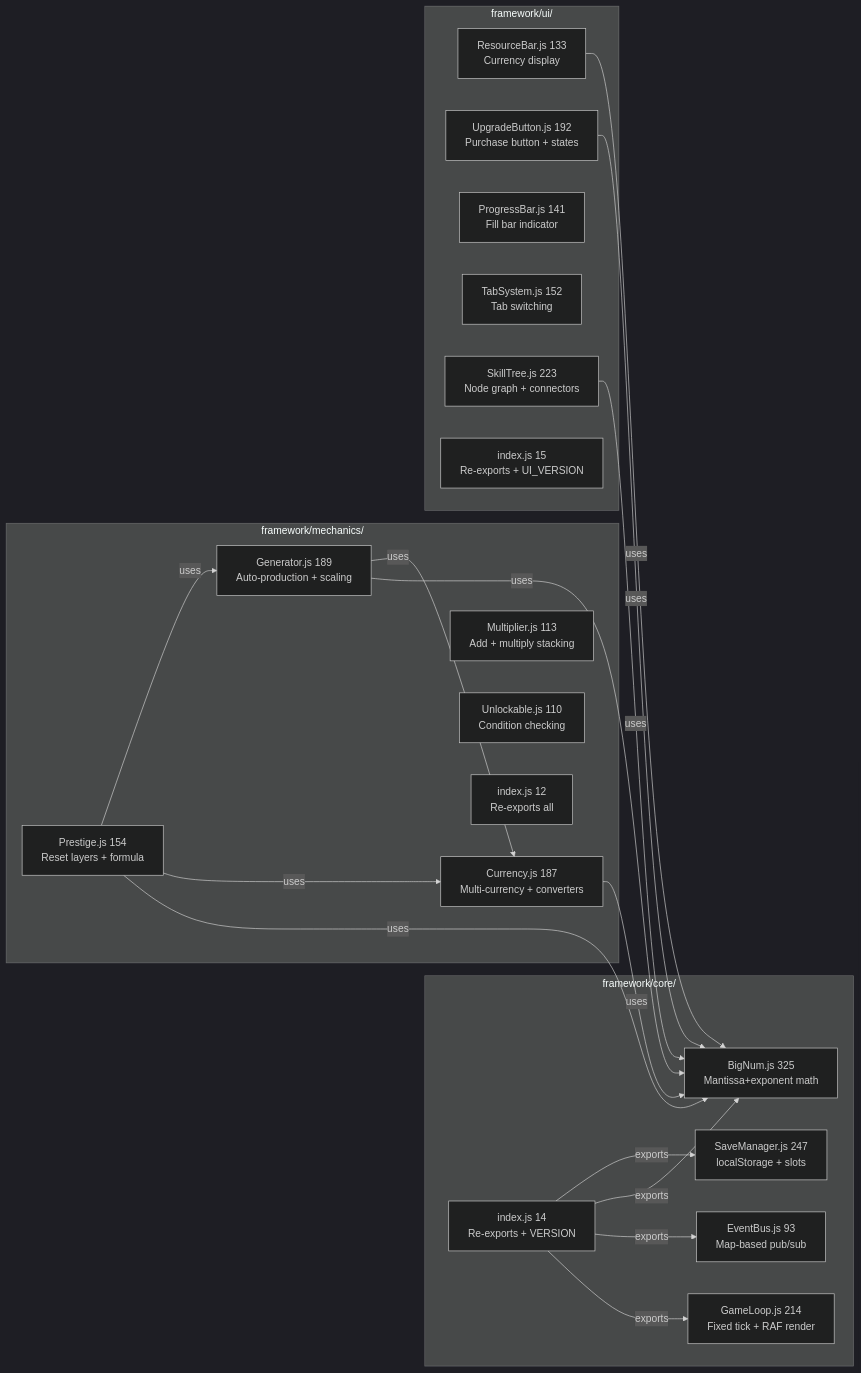
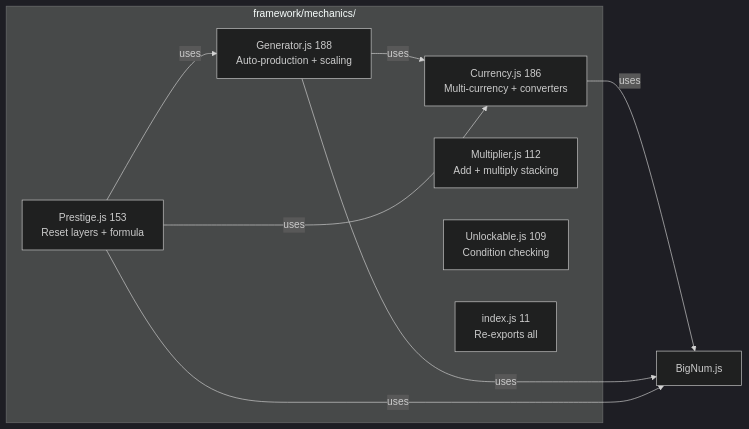
Before and after one commit to J-Gierend/gamePocGen: the fourth of 10 diagrams in AI/document/01-file-map.md, drawn with Mermaid (dark theme). The commit also changed other lines of this file and 12 other files, not shown here.

First line of the commit message:
fix: regenerate all architecture docs from current source

````diff
--- a/AI/document/01-file-map.md
+++ b/AI/document/01-file-map.md
@@ -49,42 +72,18 @@
 ```mermaid
 graph LR
-    subgraph "framework/core/"
-        GL["GameLoop.js 214\nFixed tick + RAF render"]
-        EB["EventBus.js 93\nMap-based pub/sub"]
-        BN["BigNum.js 325\nMantissa+exponent math"]
-        SM["SaveManager.js 247\nlocalStorage + slots"]
-        CI["index.js 14\nRe-exports + VERSION"]
+    subgraph "framework/mechanics/"
+        CU["Currency.js 186\nMulti-currency + converters"]
+        GE["Generator.js 188\nAuto-production + scaling"]
+        MU["Multiplier.js 112\nAdd + multiply stacking"]
+        PR["Prestige.js 153\nReset layers + formula"]
+        UN["Unlockable.js 109\nCondition checking"]
+        MI["index.js 11\nRe-exports all"]
     end
 
-    subgraph "framework/mechanics/"
-        CU["Currency.js 187\nMulti-currency + converters"]
-        GE["Generator.js 189\nAuto-production + scaling"]
-        MU["Multiplier.js 113\nAdd + multiply stacking"]
-        PR["Prestige.js 154\nReset layers + formula"]
-        UN["Unlockable.js 110\nCondition checking"]
-        MI["index.js 12\nRe-exports all"]
-    end
-
-    subgraph "framework/ui/"
-        RB["ResourceBar.js 133\nCurrency display"]
-        UB["UpgradeButton.js 192\nPurchase button + states"]
-        PB["ProgressBar.js 141\nFill bar indicator"]
-        TS["TabSystem.js 152\nTab switching"]
-        SK["SkillTree.js 223\nNode graph + connectors"]
-        UI["index.js 15\nRe-exports + UI_VERSION"]
-    end
-
-    CI -->|"exports"| GL
-    CI -->|"exports"| EB
-    CI -->|"exports"| BN
-    CI -->|"exports"| SM
-    CU -->|"uses"| BN
+    CU -->|"uses"| BN["BigNum.js"]
     GE -->|"uses"| BN
     GE -->|"uses"| CU
     PR -->|"uses"| BN
     PR -->|"uses"| CU
     PR -->|"uses"| GE
-    RB -->|"uses"| BN
-    UB -->|"uses"| BN
-    SK -->|"uses"| BN
 ```
````
